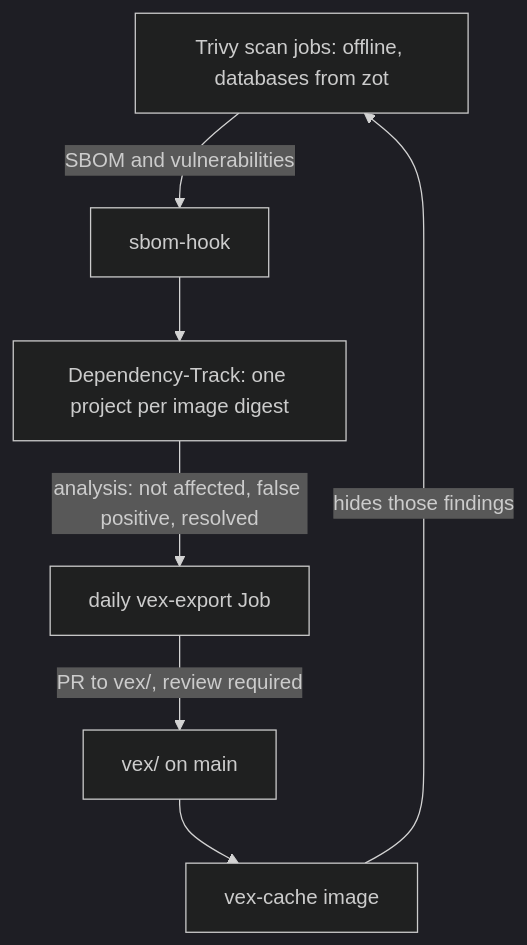
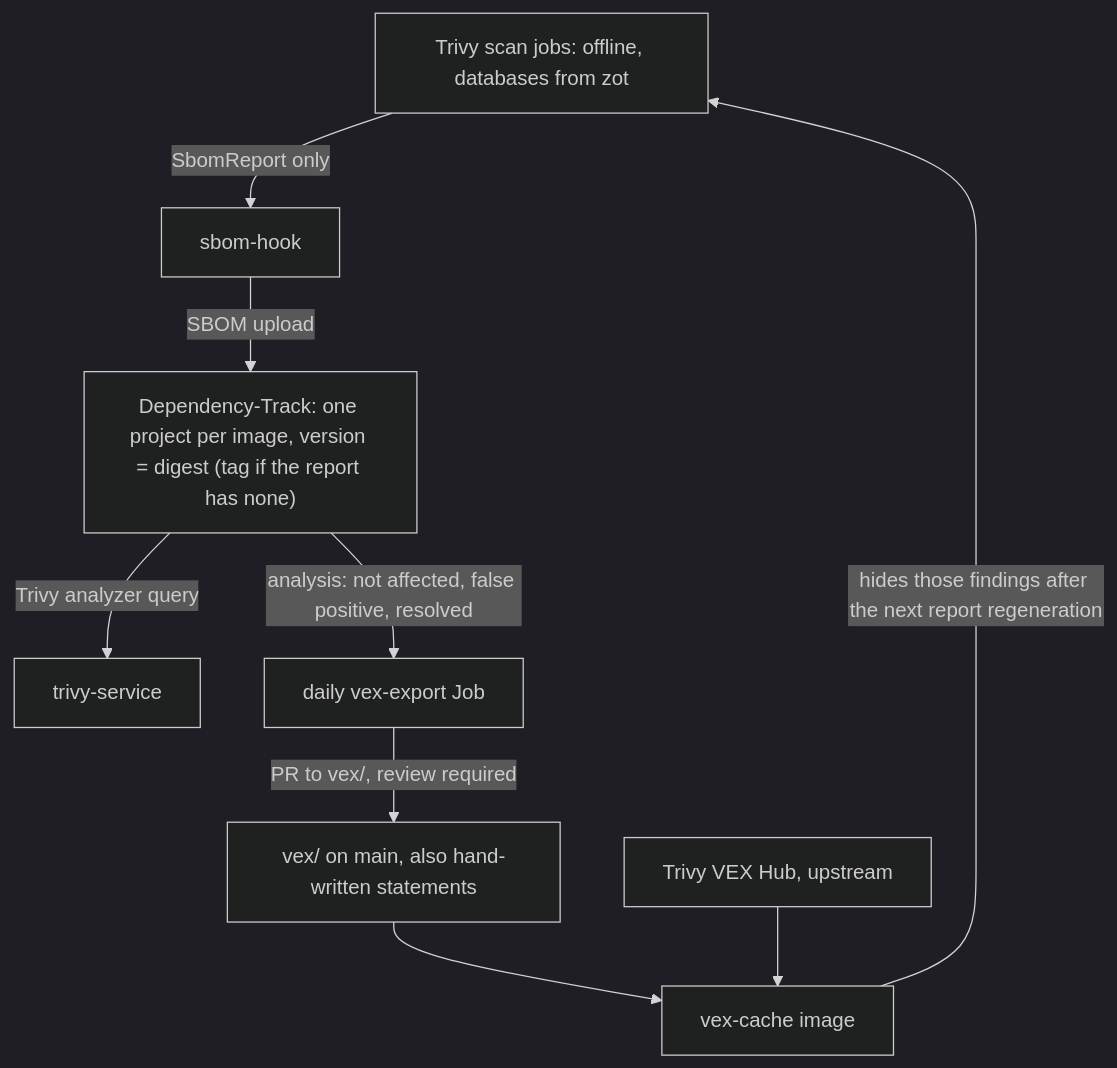
One commit to cthtrifork/talos-gitops changed the third of 3 diagrams in docs/security.md. Above: the diagram before and after it, drawn with Mermaid (dark theme). The commit also changed other lines of this file, not shown here.

Commit message:
docs: address security.md review comments

````diff
--- a/docs/security.md
+++ b/docs/security.md
@@ -191,9 +196,11 @@
 ```mermaid
 flowchart TB
-  trivy["Trivy scan jobs: offline, databases from zot"] -->|"SBOM and vulnerabilities"| hook[sbom-hook]
-  hook --> dt["Dependency-Track: one project per image digest"]
+  trivy["Trivy scan jobs: offline, databases from zot"] -->|"SbomReport only"| hook[sbom-hook]
+  hook -->|"SBOM upload"| dt["Dependency-Track: one project per image, version = digest (tag if the report has none)"]
+  dt -->|"Trivy analyzer query"| ts[trivy-service]
   dt -->|"analysis: not affected, false positive, resolved"| vex["daily vex-export Job"]
-  vex -->|"PR to vex/, review required"| repo["vex/ on main"]
+  vex -->|"PR to vex/, review required"| repo["vex/ on main, also hand-written statements"]
   repo --> cache["vex-cache image"]
-  cache -->|"hides those findings"| trivy
+  hub["Trivy VEX Hub, upstream"] --> cache
+  cache -->|"hides those findings after the next report regeneration"| trivy
 ```
````
